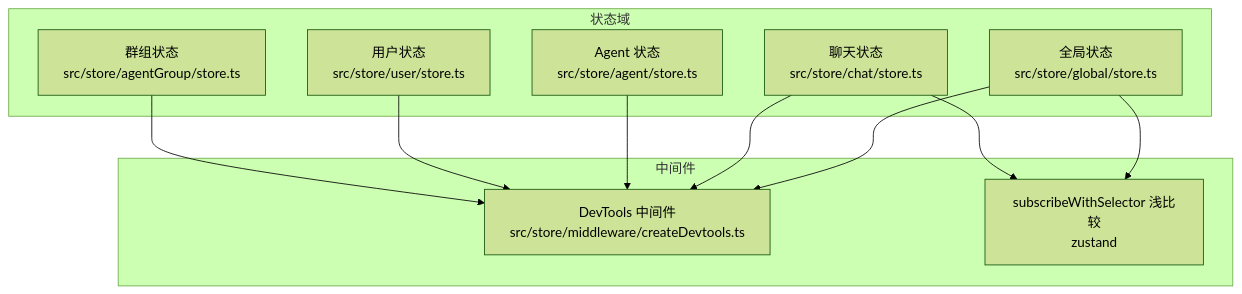
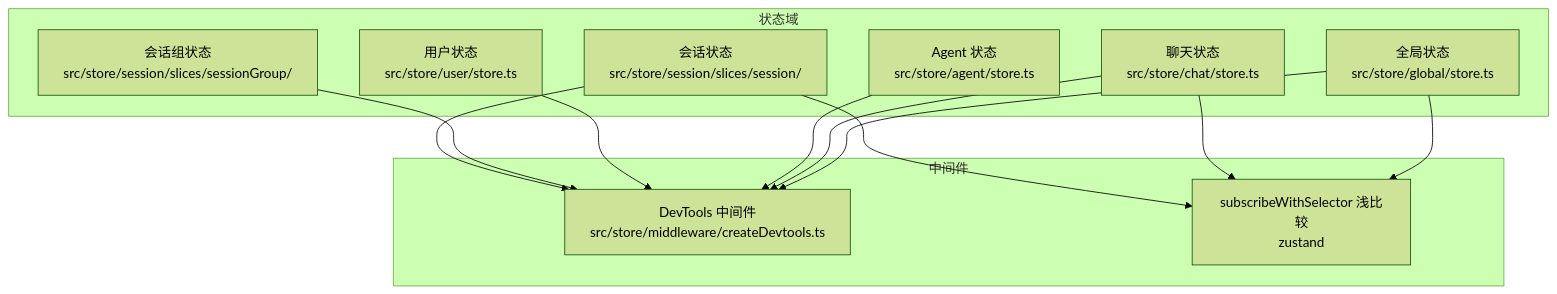
Before and after one commit to AvatoLabs/avato: the first of 5 diagrams in .qoder/repowiki/zh/content/状态管理/状态管理.md, drawn with Mermaid (forest theme). The commit also changed other lines of this file and 50 other files, not shown here.

````diff
--- a/.qoder/repowiki/zh/content/状态管理/状态管理.md
+++ b/.qoder/repowiki/zh/content/状态管理/状态管理.md
@@ -47,21 +70,24 @@
 ```mermaid
 graph TB
 subgraph "状态域"
 G["全局状态<br/>src/store/global/store.ts"]
 C["聊天状态<br/>src/store/chat/store.ts"]
 A["Agent 状态<br/>src/store/agent/store.ts"]
 U["用户状态<br/>src/store/user/store.ts"]
-AG["群组状态<br/>src/store/agentGroup/store.ts"]
+SG["会话组状态<br/>src/store/session/slices/sessionGroup/"]
+S["会话状态<br/>src/store/session/slices/session/"]
 end
 subgraph "中间件"
 D["DevTools 中间件<br/>src/store/middleware/createDevtools.ts"]
-S["subscribeWithSelector 浅比较<br/>zustand"]
+S2["subscribeWithSelector 浅比较<br/>zustand"]
 end
 G --> D
 C --> D
 A --> D
 U --> D
-AG --> D
-G --> S
-C --> S
+SG --> D
+S --> D
+G --> S2
+C --> S2
+S --> S2
 ```
````
